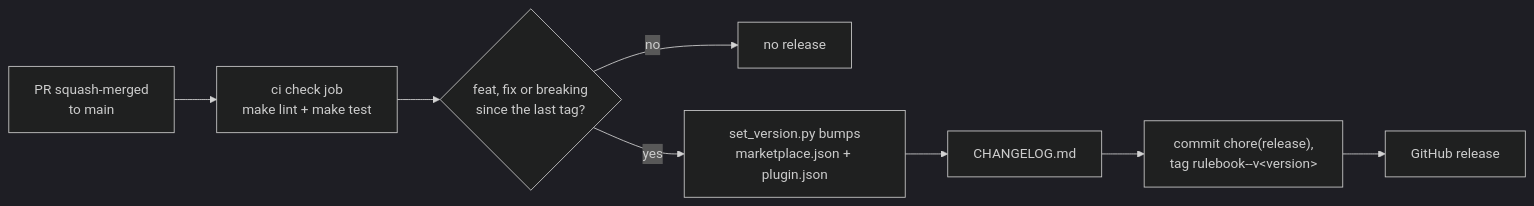
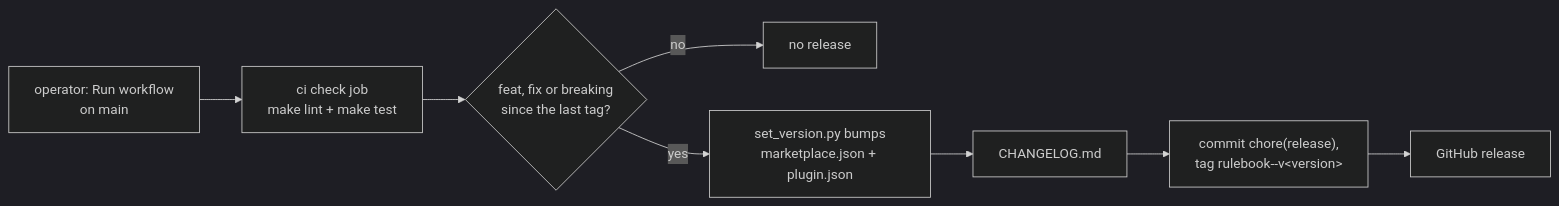
The fourth of 4 diagrams in ARCHITECTURE.md (chiyanram/skills), drawn with Mermaid (dark theme) before and after one commit. The commit also changed other lines of this file and 4 other files, not shown here.

First line of the commit message:
ci(repo): release by hand from Run workflow, not on every merge (#276)

````diff
--- a/ARCHITECTURE.md
+++ b/ARCHITECTURE.md
@@ -97,10 +97,10 @@
 ```mermaid
 flowchart LR
-    M["PR squash-merged<br/>to main"] --> C["ci check job<br/>make lint + make test"]
+    M["operator: Run workflow<br/>on main"] --> C["ci check job<br/>make lint + make test"]
     C --> A{"feat, fix or breaking<br/>since the last tag?"}
     A -->|"no"| N["no release"]
     A -->|"yes"| V["set_version.py bumps<br/>marketplace.json + plugin.json"]
     V --> L["CHANGELOG.md"]
     L --> T["commit chore(release),<br/>tag rulebook--v&lt;version&gt;"]
     T --> G["GitHub release"]
 ```
````
